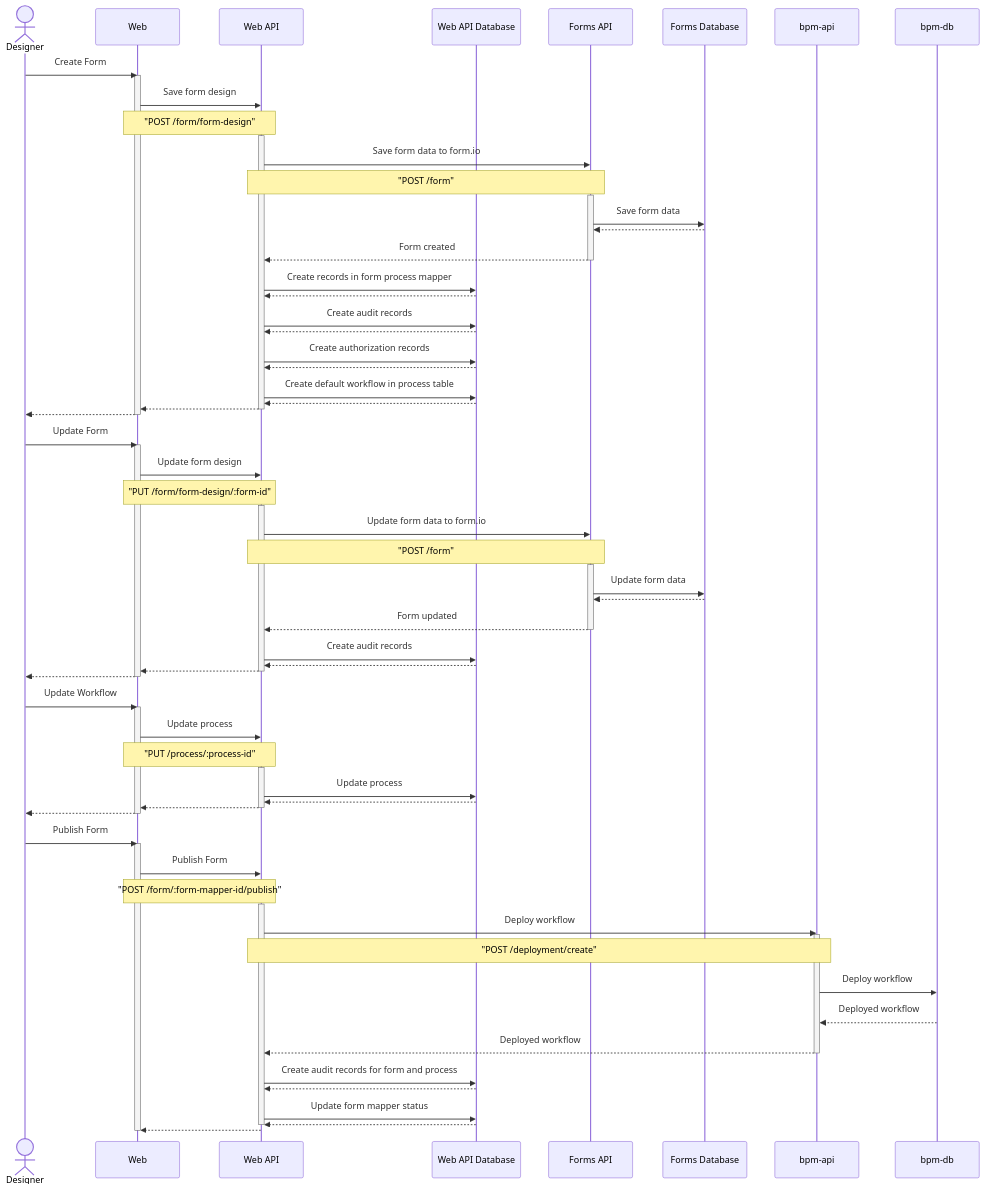
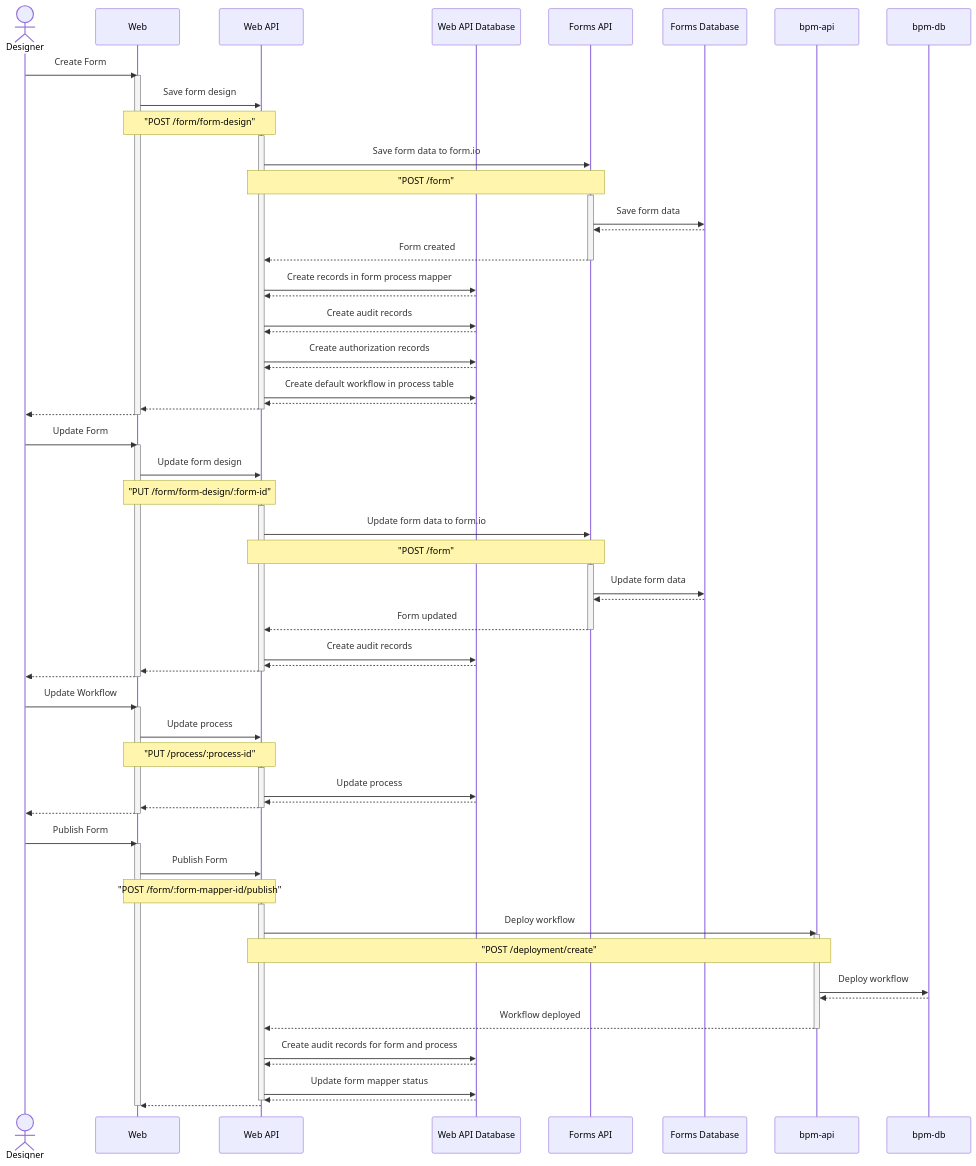
One commit to auslin-aot/forms-flow-ai changed the diagram in docs/sequence-diagrams/designer-flow.md. Above: the diagram before and after it, drawn with Mermaid.

```diff
--- a/docs/sequence-diagrams/designer-flow.md
+++ b/docs/sequence-diagrams/designer-flow.md
@@ -76,8 +76,8 @@
     activate bpm-api
     Note over web-api,bpm-api: "POST /deployment/create"
     bpm-api ->> bpm-db: Deploy workflow
-    bpm-db -->> bpm-api: Deployed workflow
-    bpm-api -->> web-api: Deployed workflow
+    bpm-db -->> bpm-api: 
+    bpm-api -->> web-api: Workflow deployed
     deactivate bpm-api
     web-api ->> web-api-db: Create audit records for form and process
     web-api-db -->> web-api:
```
